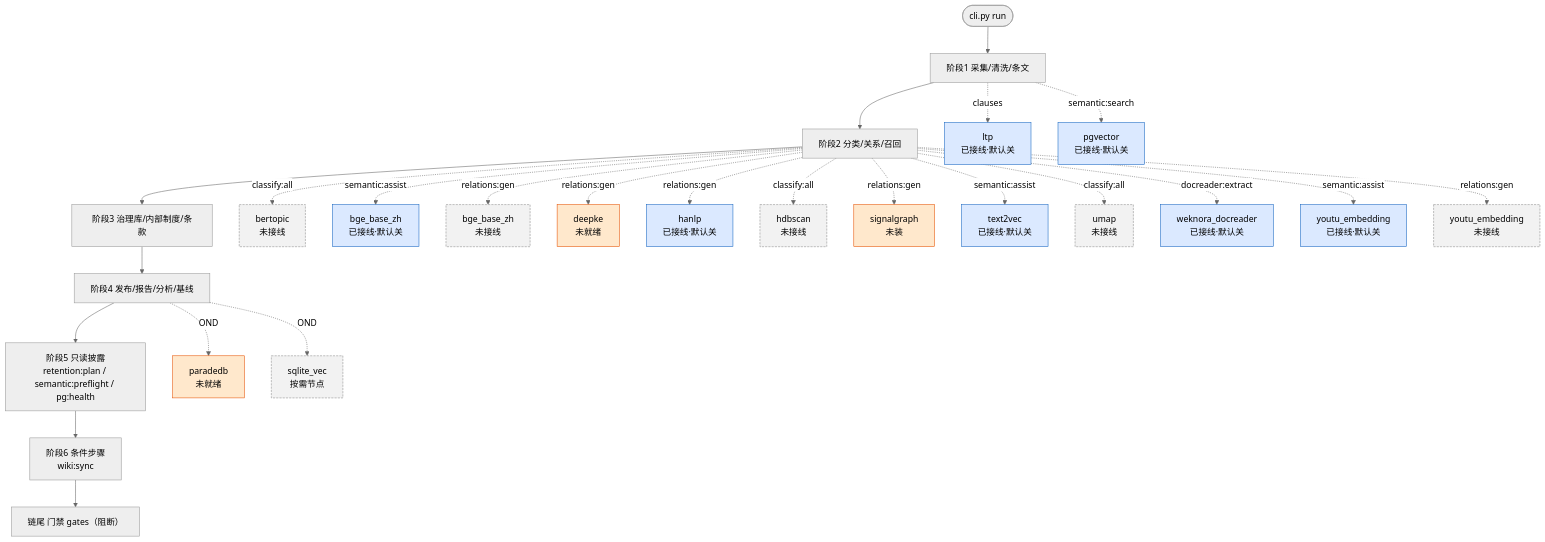
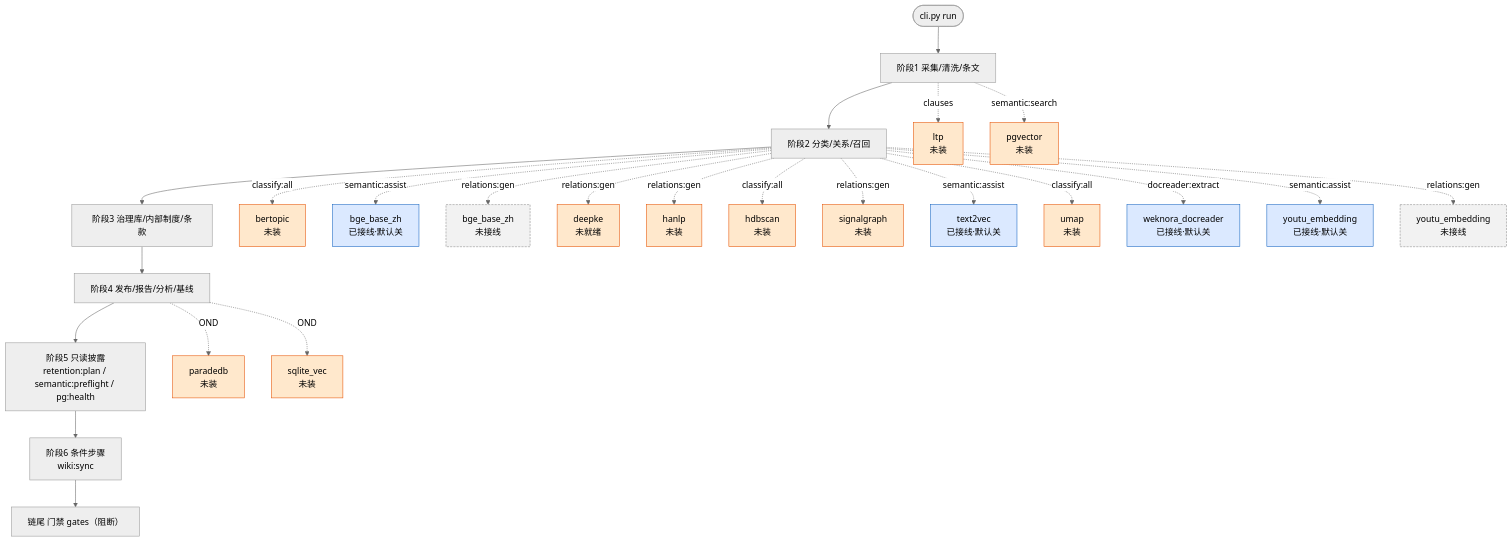
One commit to wangtierui/orchestrator changed the fourth of 4 diagrams in README.md. Above: the diagram before and after it, drawn with Mermaid (neutral theme). The commit also changed other lines of this file and 52 other files, not shown here.

````diff
--- a/README.md
+++ b/README.md
@@ -558,37 +559,36 @@
 ```mermaid
 flowchart TD
   S(["cli.py run"]) --> A["阶段1 采集/清洗/条文"]
   A --> B["阶段2 分类/关系/召回"]
   B --> C["阶段3 治理库/内部制度/条款"]
   C --> D["阶段4 发布/报告/分析/基线"]
   D --> E["阶段5 只读披露<br/>retention:plan / semantic:preflight / pg:health"]
   E --> F["阶段6 条件步骤<br/>wiki:sync"]
   F --> G["链尾 门禁 gates（阻断）"]
 
-  B -.->|"classify:all"| M_bertopic["bertopic<br/>未接线"]
+  B -.->|"classify:all"| M_bertopic["bertopic<br/>未装"]
   B -.->|"semantic:assist"| M_bge_base_zh["bge_base_zh<br/>已接线·默认关"]
   B -.->|"relations:gen"| M_bge_base_zh_relations["bge_base_zh<br/>未接线"]
   B -.->|"relations:gen"| M_deepke["deepke<br/>未就绪"]
-  B -.->|"relations:gen"| M_hanlp["hanlp<br/>已接线·默认关"]
-  B -.->|"classify:all"| M_hdbscan["hdbscan<br/>未接线"]
-  A -.->|"clauses"| M_ltp["ltp<br/>已接线·默认关"]
-  D -.->|"OND"| M_paradedb["paradedb<br/>未就绪"]
-  A -.->|"semantic:search"| M_pgvector["pgvector<br/>已接线·默认关"]
+  B -.->|"relations:gen"| M_hanlp["hanlp<br/>未装"]
+  B -.->|"classify:all"| M_hdbscan["hdbscan<br/>未装"]
+  A -.->|"clauses"| M_ltp["ltp<br/>未装"]
+  D -.->|"OND"| M_paradedb["paradedb<br/>未装"]
+  A -.->|"semantic:search"| M_pgvector["pgvector<br/>未装"]
   B -.->|"relations:gen"| M_signalgraph["signalgraph<br/>未装"]
-  D -.->|"OND"| M_sqlite_vec["sqlite_vec<br/>按需节点"]
+  D -.->|"OND"| M_sqlite_vec["sqlite_vec<br/>未装"]
   B -.->|"semantic:assist"| M_text2vec["text2vec<br/>已接线·默认关"]
-  B -.->|"classify:all"| M_umap["umap<br/>未接线"]
+  B -.->|"classify:all"| M_umap["umap<br/>未装"]
   B -.->|"docreader:extract"| M_weknora_docreader["weknora_docreader<br/>已接线·默认关"]
   B -.->|"semantic:assist"| M_youtu_embedding["youtu_embedding<br/>已接线·默认关"]
   B -.->|"relations:gen"| M_youtu_embedding_relations["youtu_embedding<br/>未接线"]
 
   classDef on fill:#d7f2df,stroke:#2e7d32,stroke-width:1px
   classDef gated fill:#dbe9ff,stroke:#1565c0,stroke-width:1px
   classDef off fill:#f2f2f2,stroke:#8a8a8a,stroke-dasharray:4 2
   classDef notready fill:#ffe8cc,stroke:#e65100,stroke-width:1px
-  class M_bge_base_zh,M_hanlp,M_ltp,M_pgvector,M_text2vec,M_weknora_docreader,M_youtu_embedding gated
-  class M_bertopic,M_bge_base_zh_relations,M_hdbscan,M_umap,M_youtu_embedding_relations off
-  class M_sqlite_vec off
-  class M_deepke,M_paradedb notready
-  class M_signalgraph notready
+  class M_bge_base_zh,M_text2vec,M_weknora_docreader,M_youtu_embedding gated
+  class M_bge_base_zh_relations,M_youtu_embedding_relations off
+  class M_deepke notready
+  class M_bertopic,M_hanlp,M_hdbscan,M_ltp,M_paradedb,M_pgvector,M_signalgraph,M_sqlite_vec,M_umap notready
 ```
````
